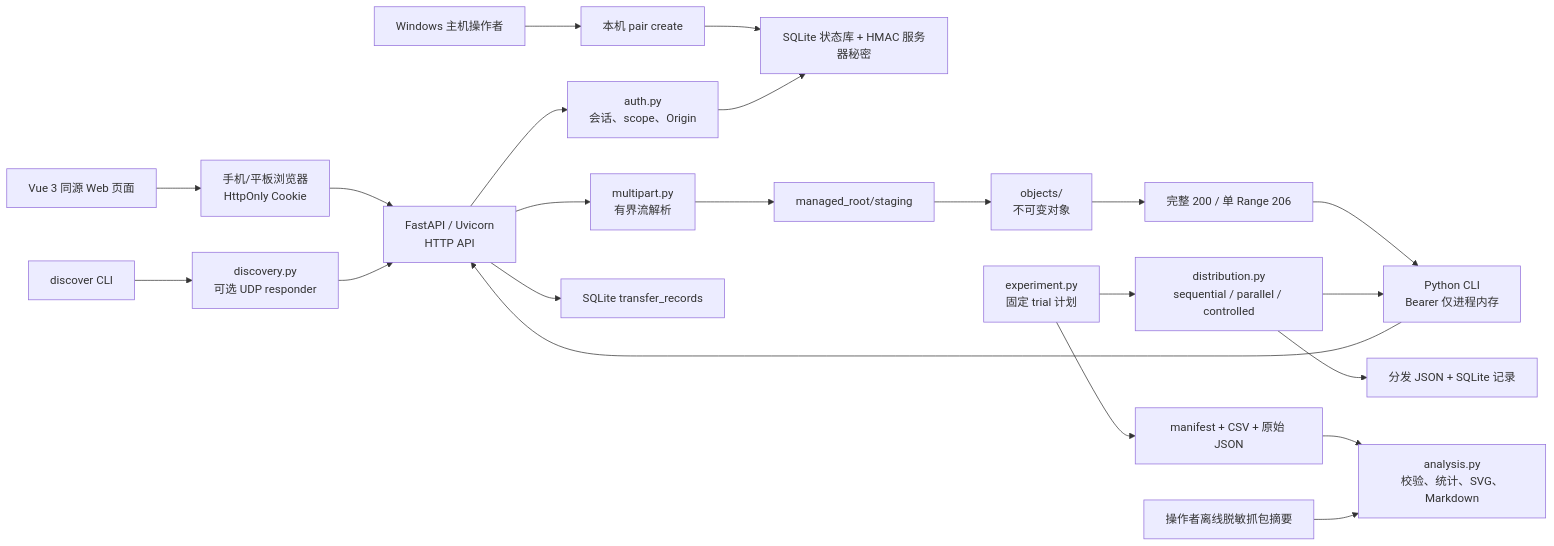
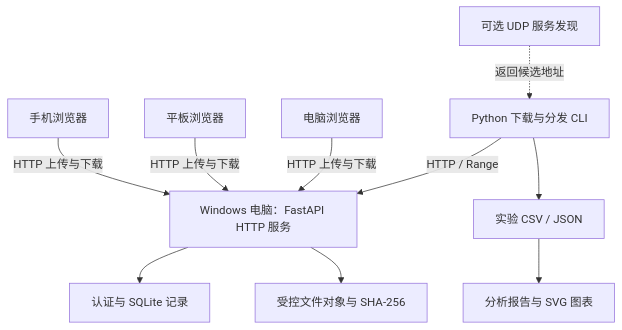
The diagram in docs/EXPERIMENT_REPORT.md (cppppercy/lan-distribution-lab), drawn with Mermaid before and after one commit. The commit also changed other lines of this file, not shown here.

````diff
--- a/docs/EXPERIMENT_REPORT.md
+++ b/docs/EXPERIMENT_REPORT.md
@@ -104,28 +116,23 @@
 ```mermaid
-flowchart LR
-    operator["Windows 主机操作者"] --> pair["本机 pair create"]
-    pair --> state["SQLite 状态库 + HMAC 服务器秘密"]
+flowchart TD
+    server["Windows 电脑：FastAPI HTTP 服务"]
+    mobile["手机浏览器"]
+    tablet["平板浏览器"]
+    browser["电脑浏览器"]
+    cli["Python 下载与分发 CLI"]
+    auth["认证与 SQLite 记录"]
+    store["受控文件对象与 SHA-256"]
+    udp["可选 UDP 服务发现"]
+    raw["实验 CSV / JSON"]
+    chart["分析报告与 SVG 图表"]
 
-    web["Vue 3 同源 Web 页面"] --> browser["手机/平板浏览器<br/>HttpOnly Cookie"]
-    browser --> api["FastAPI / Uvicorn<br/>HTTP API"]
-    cli["Python CLI<br/>Bearer 仅进程内存"] --> api
-
-    api --> auth["auth.py\n会话、scope、Origin"]
-    api --> parser["multipart.py\n有界流解析"]
-    parser --> staging["managed_root/staging"]
-    staging --> objects["objects/<server UUID>\n不可变对象"]
-    api --> transfers["SQLite transfer_records"]
-    auth --> state
-    objects --> range["完整 200 / 单 Range 206"]
-    range --> cli
-
-    distributor["distribution.py<br/>sequential / parallel / controlled"] --> cli
-    distributor --> runrecords["分发 JSON + SQLite 记录"]
-    experiment["experiment.py\n固定 trial 计划"] --> distributor
-    experiment --> raw["manifest + CSV + 原始 JSON"]
-    raw --> analysis["analysis.py\n校验、统计、SVG、Markdown"]
-    packet["操作者离线脱敏抓包摘要"] --> analysis
-
-    discover["discover CLI"] --> udp["discovery.py<br/>可选 UDP responder"]
-    udp --> api
+    mobile -->|HTTP 上传与下载| server
+    tablet -->|HTTP 上传与下载| server
+    browser -->|HTTP 上传与下载| server
+    cli -->|HTTP / Range| server
+    server --> auth
+    server --> store
+    udp -.->|返回候选地址| cli
+    cli --> raw
+    raw --> chart
 ```
````
